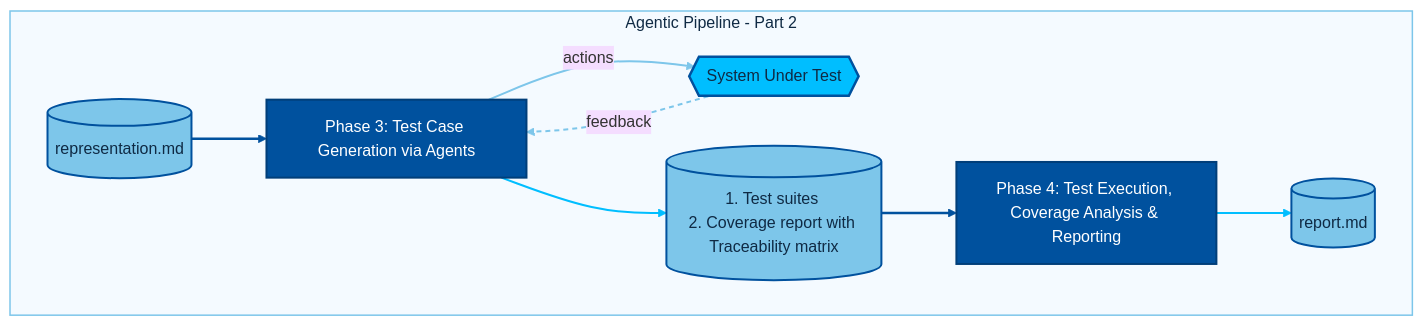
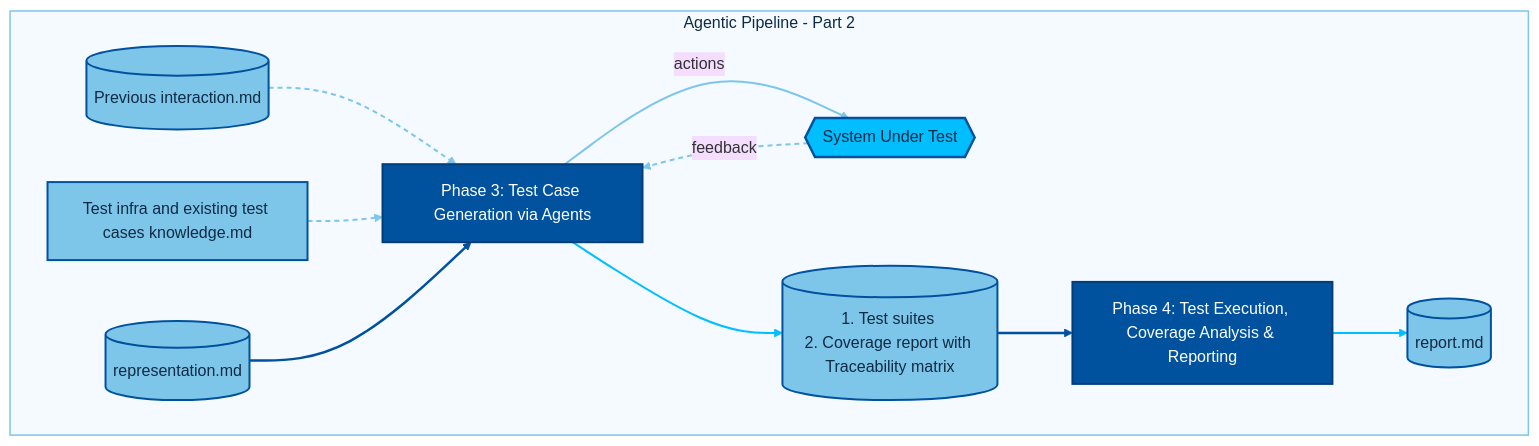
The sixth of 7 diagrams in Presentation/presentationv1.md (ayushmittalde/RP), drawn with Mermaid (base theme) before and after one commit. The commit also changed other lines of this file and 27 other files, not shown here.

````diff
--- a/Presentation/presentationv1.md
+++ b/Presentation/presentationv1.md
@@ -256,34 +256,40 @@
 ```mermaid
 flowchart LR
     subgraph PART2[Agentic Pipeline - Part 2]
         direction LR
         A2[(representation.md)]
+		E2[(Previous interaction.md)]
+		E3[Test infra and existing test cases knowledge.md]
         P3[Phase 3: Test Case Generation via Agents]
         SUT{{System Under Test}}
         A3[(1. Test suites <br/>2. Coverage report with Traceability matrix)]
         P4[Phase 4: Test Execution, Coverage Analysis & Reporting]
         A4[(report.md)]
 
-        A2 --> P3
+        E2 --> P3
+		E3 --> P3
+		A2 --> P3
         P3 -->|actions| SUT
         SUT -->|feedback| P3
         P3 --> A3 --> P4 --> A4
     end
 
     classDef phase fill:#00519E,stroke:#003E79,color:#FFFFFF,stroke-width:2px;
     classDef artifact fill:#7DC6EA,stroke:#00519E,color:#0F2A44,stroke-width:2px;
     classDef system fill:#00BEFF,stroke:#00519E,color:#0F2A44,stroke-width:2.5px;
     classDef grouping fill:#F4FAFF,stroke:#7DC6EA,color:#0F2A44,stroke-width:1.5px;
 
     class P3,P4 phase;
-    class A2,A3,A4 artifact;
+    class A2,A3,A4,E2,E3 artifact;
     class SUT system;
     class PART2 grouping;
 
-    linkStyle 0 stroke:#00519E,stroke-width:2.5px;
-    linkStyle 1 stroke:#7DC6EA,stroke-width:2px;
-    linkStyle 2 stroke:#7DC6EA,stroke-width:2px,stroke-dasharray:5 4;
-    linkStyle 3 stroke:#00BEFF,stroke-width:2px;
-    linkStyle 4 stroke:#00519E,stroke-width:2.5px;
+	linkStyle 0 stroke:#7DC6EA,stroke-width:2px,stroke-dasharray:5 4;
+	linkStyle 1 stroke:#7DC6EA,stroke-width:2px,stroke-dasharray:5 4;
+    linkStyle 2 stroke:#00519E,stroke-width:2.5px;
+    linkStyle 3 stroke:#7DC6EA,stroke-width:2px;
+    linkStyle 4 stroke:#7DC6EA,stroke-width:2px,stroke-dasharray:5 4;
     linkStyle 5 stroke:#00BEFF,stroke-width:2px;
+    linkStyle 6 stroke:#00519E,stroke-width:2.5px;
+    linkStyle 7 stroke:#00BEFF,stroke-width:2px;
 ```
````
